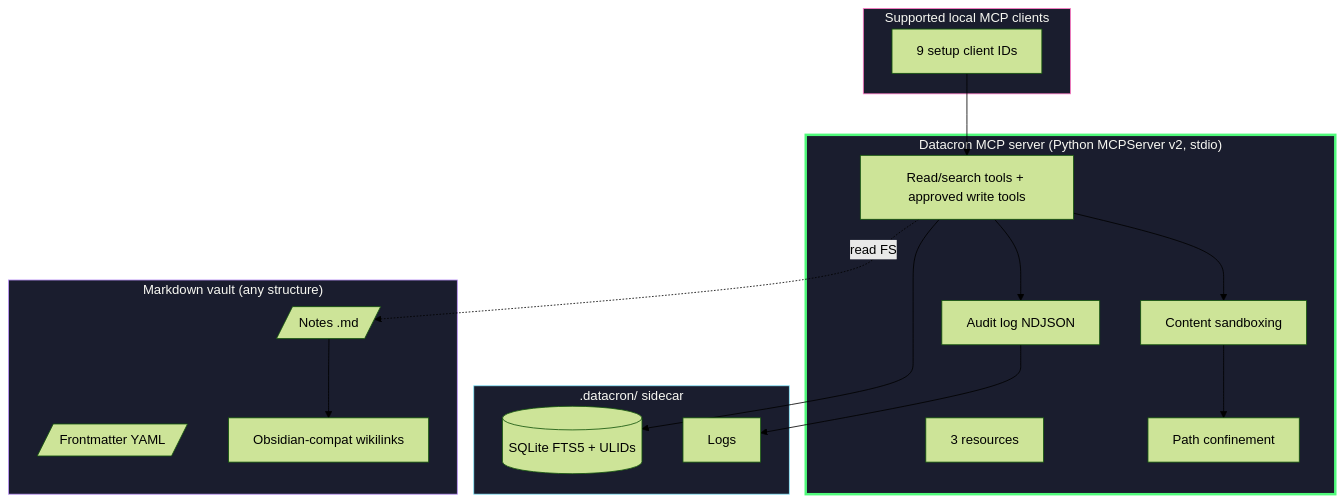
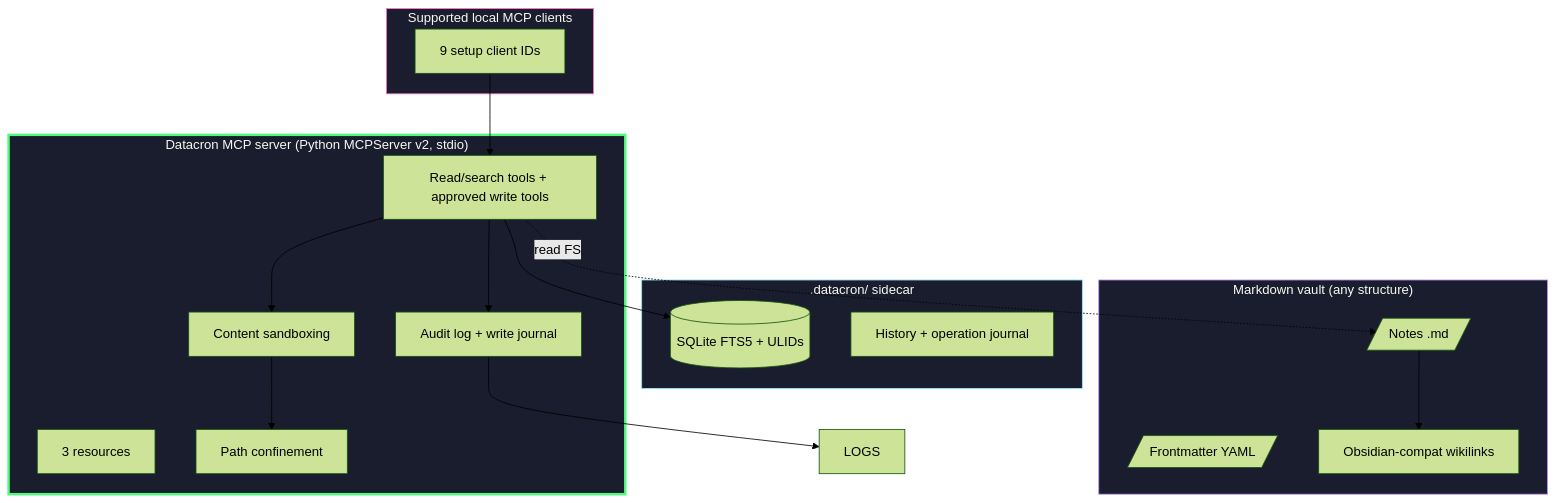
One commit to VBlackJack/Datacron changed the first of 2 diagrams in docs/en/architecture.md. Above: the diagram before and after it, drawn with Mermaid (forest theme). The commit also changed other lines of this file and 14 other files, not shown here.

````diff
--- a/docs/en/architecture.md
+++ b/docs/en/architecture.md
@@ -95,37 +97,37 @@
 ```mermaid
 flowchart TB
     subgraph CLIENTS["Supported local MCP clients"]
         CLIENT[9 setup client IDs]
     end
 
     subgraph SERVER["Datacron MCP server (Python MCPServer v2, stdio)"]
         TOOLS[Read/search tools + approved write tools]
         RES[3 resources]
         SBX[Content sandboxing]
         CONF[Path confinement]
-        AUD[Audit log NDJSON]
+        AUD[Audit log + write journal]
     end
 
     subgraph SIDE[".datacron/ sidecar"]
         DB[(SQLite FTS5 + ULIDs)]
-        LOGS[Logs]
+        HIST[History + operation journal]
     end
 
     subgraph VAULT["Markdown vault (any structure)"]
         NOTES[/Notes .md/]
         FM[/Frontmatter YAML/]
         WL[Obsidian-compat wikilinks]
     end
 
     CLIENT --> TOOLS
     TOOLS --> SBX --> CONF
     TOOLS --> DB
     TOOLS -.read FS.-> NOTES
     NOTES --> WL
     TOOLS --> AUD --> LOGS
 
     style SERVER fill:#1a1d2e,stroke:#50fa7b,color:#f8f8f2,stroke-width:3px
     style VAULT fill:#1a1d2e,stroke:#bd93f9,color:#f8f8f2
     style SIDE fill:#1a1d2e,stroke:#8be9fd,color:#f8f8f2
     style CLIENTS fill:#1a1d2e,stroke:#ff79c6,color:#f8f8f2
 ```
````
